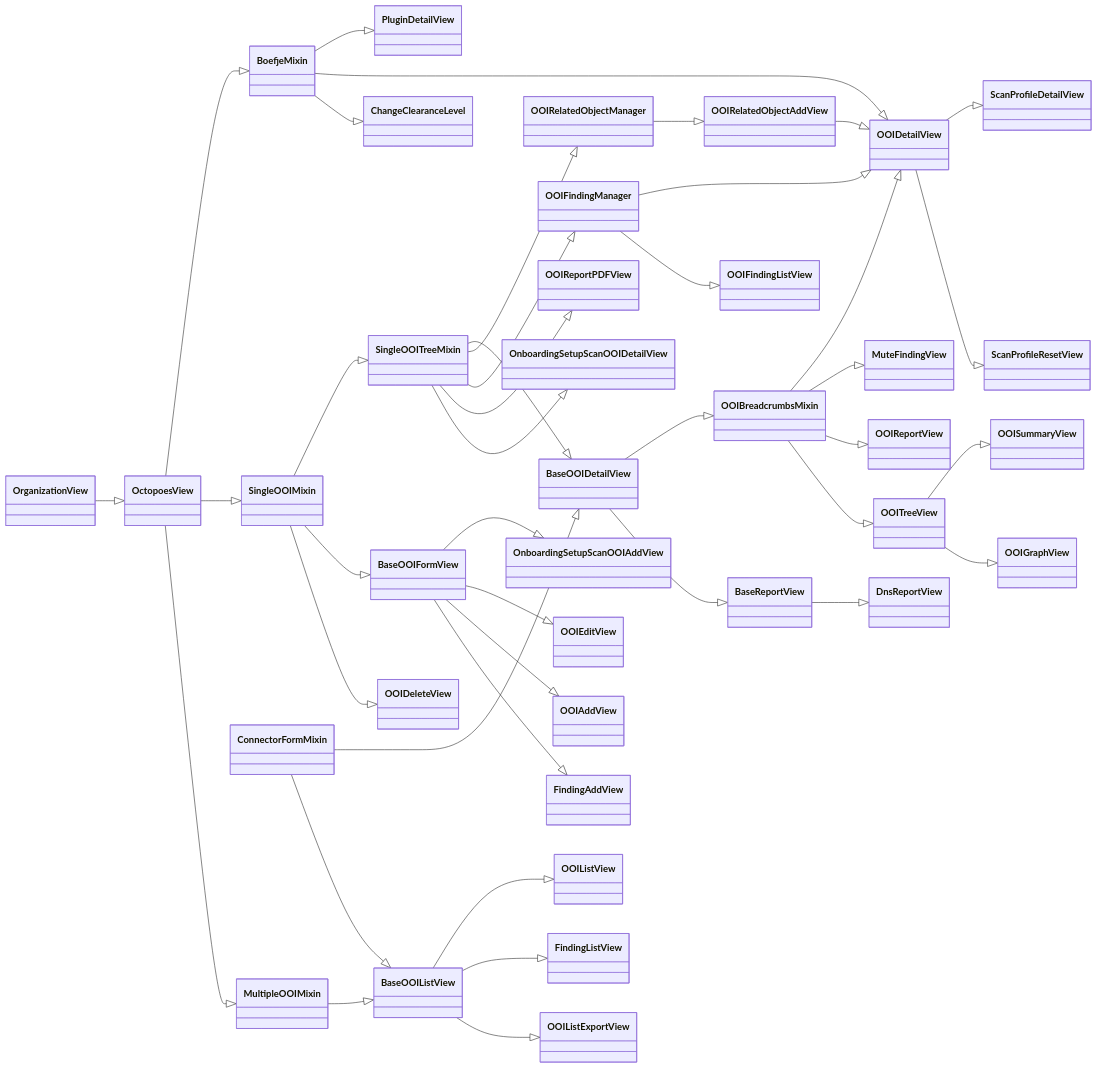
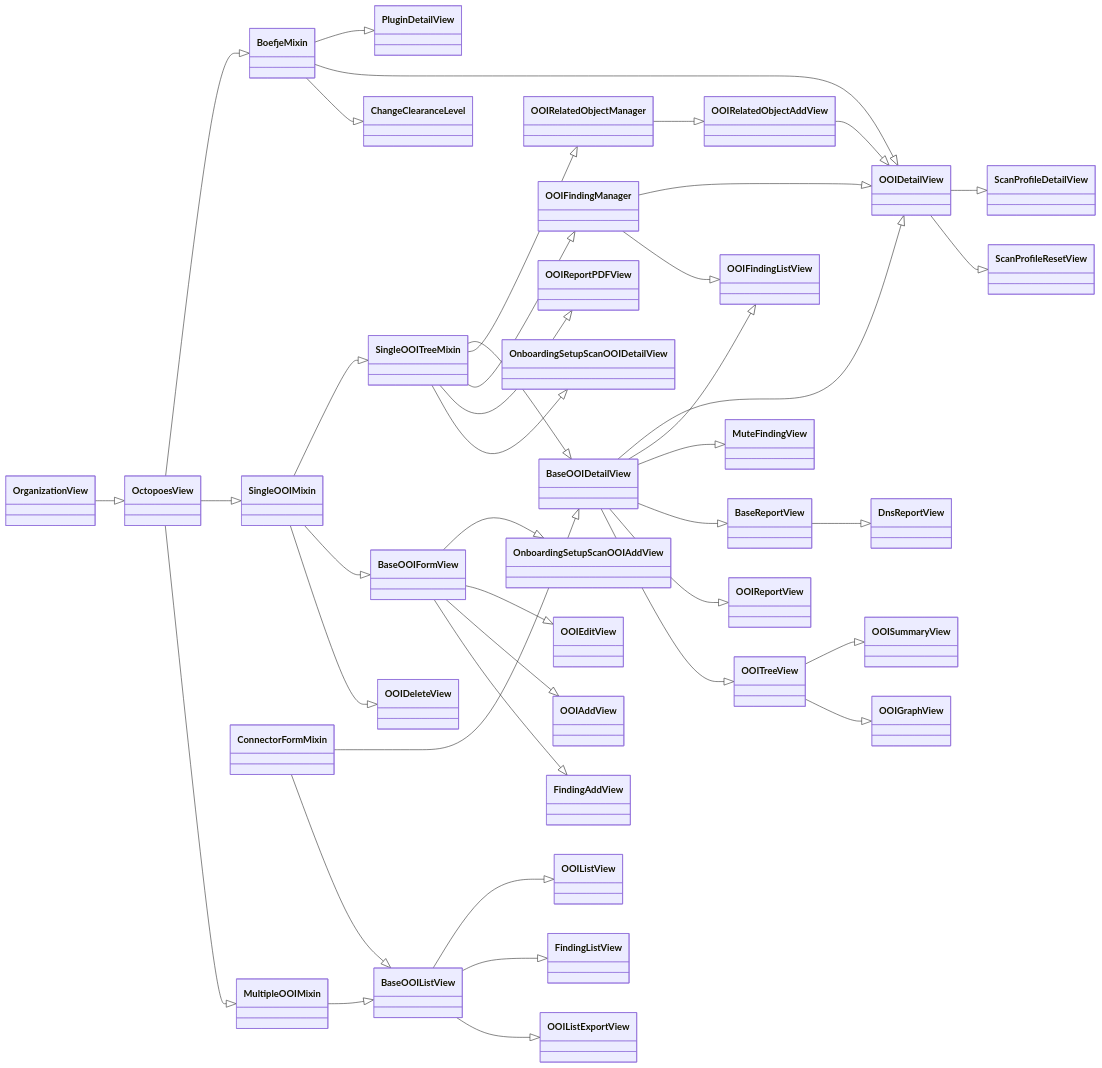
One commit to minvws/nl-kat-coordination changed the third of 4 diagrams in docs/source/developer_documentation/rocky.md. Above: the diagram before and after it, drawn with Mermaid.

Commit message:
Update view diagram

````diff
--- a/docs/source/developer_documentation/rocky.md
+++ b/docs/source/developer_documentation/rocky.md
@@ -71,58 +71,58 @@
-```{mermaid}
+```mermaid
 classDiagram
 direction RL
     class OrganizationView
     class OctopoesView
     class BoefjeMixin
 
     OctopoesView <|-- OrganizationView
 
     BoefjeMixin <|-- OctopoesView
     PluginDetailView <|-- BoefjeMixin
     OOIDetailView <|-- BoefjeMixin
     OOIDetailView <|-- OOIRelatedObjectAddView
     OOIDetailView <|-- OOIFindingManager
     ChangeClearanceLevel <|-- BoefjeMixin
 
     SingleOOIMixin <|-- OctopoesView
     SingleOOITreeMixin <|-- SingleOOIMixin
 
     BaseOOIDetailView <|-- SingleOOITreeMixin
     BaseOOIDetailView <|-- ConnectorFormMixin
-    OOIDetailView <|-- OOIBreadcrumbsMixin
-    MuteFindingView <|-- OOIBreadcrumbsMixin
-    OOIBreadcrumbsMixin <|-- BaseOOIDetailView
+    OOIDetailView <|-- BaseOOIDetailView
+    OOIFindingListView <|-- OOIFindingManager
+    OOIFindingListView <|-- BaseOOIDetailView
+    MuteFindingView <|-- BaseOOIDetailView
     BaseReportView <|-- BaseOOIDetailView
     DnsReportView <|-- BaseReportView
 
-    OOIReportView <|-- OOIBreadcrumbsMixin
-    OOITreeView <|-- OOIBreadcrumbsMixin
+    OOIReportView <|-- BaseOOIDetailView
+    OOITreeView <|-- BaseOOIDetailView
     OOISummaryView <|-- OOITreeView
     OOIGraphView <|-- OOITreeView
 
     OOIRelatedObjectManager <|-- SingleOOITreeMixin
     OOIFindingManager <|-- SingleOOITreeMixin
-    OOIFindingListView <|-- OOIFindingManager
     OOIRelatedObjectAddView <|-- OOIRelatedObjectManager
 
     OOIReportPDFView <|-- SingleOOITreeMixin
     OnboardingSetupScanOOIDetailView <|-- SingleOOITreeMixin
 
     BaseOOIFormView <|-- SingleOOIMixin
     OOIDeleteView <|-- SingleOOIMixin
 
     OnboardingSetupScanOOIAddView <|-- BaseOOIFormView
     OOIEditView <|-- BaseOOIFormView
     OOIAddView <|-- BaseOOIFormView
     FindingAddView <|-- BaseOOIFormView
 
     MultipleOOIMixin <|-- OctopoesView
     BaseOOIListView <|-- MultipleOOIMixin
     BaseOOIListView <|-- ConnectorFormMixin
     OOIListView <|-- BaseOOIListView
     FindingListView <|-- BaseOOIListView
     OOIListExportView <|-- BaseOOIListView
 
     ScanProfileDetailView <|-- OOIDetailView
     ScanProfileResetView <|-- OOIDetailView
 ```
````
